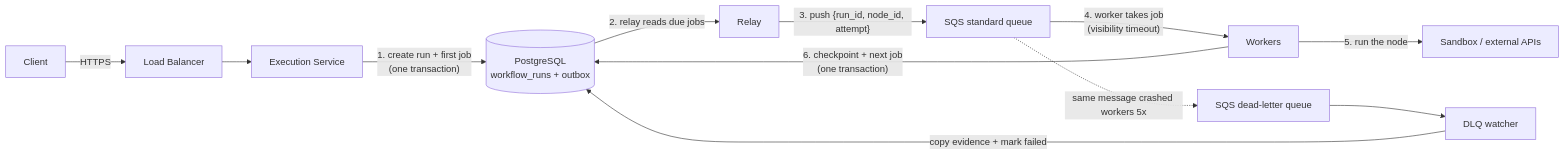
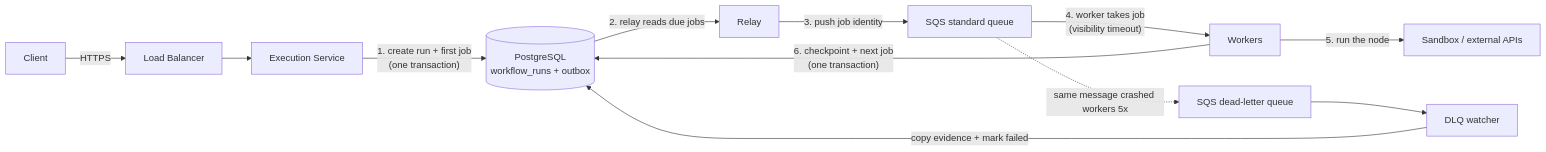
The fifth of 22 diagrams in docs/README.md (Nabhag8848/orchex), drawn with Mermaid before and after one commit. The commit also changed other lines of this file and 1 other file, not shown here.

````diff
--- a/docs/README.md
+++ b/docs/README.md
@@ -1331,14 +1331,14 @@
 ```mermaid
 flowchart LR
     Client["Client"] -->|HTTPS| LB["Load Balancer"]
     LB --> Exec["Execution Service"]
     Exec -->|"1. create run + first job<br/>(one transaction)"| PG[("PostgreSQL<br/>workflow_runs + outbox")]
     PG -->|"2. relay reads due jobs"| Relay["Relay"]
-    Relay -->|"3. push {run_id, node_id, attempt}"| Q["SQS standard queue"]
+    Relay -->|"3. push job identity"| Q["SQS standard queue"]
     Q -->|"4. worker takes job<br/>(visibility timeout)"| W["Workers"]
     W -->|"5. run the node"| Ext["Sandbox / external APIs"]
     W -->|"6. checkpoint + next job<br/>(one transaction)"| PG
     Q -.->|"same message crashed workers 5x"| DLQ["SQS dead-letter queue"]
     DLQ --> Watcher["DLQ watcher"]
     Watcher -->|"copy evidence + mark failed"| PG
 ```
````
